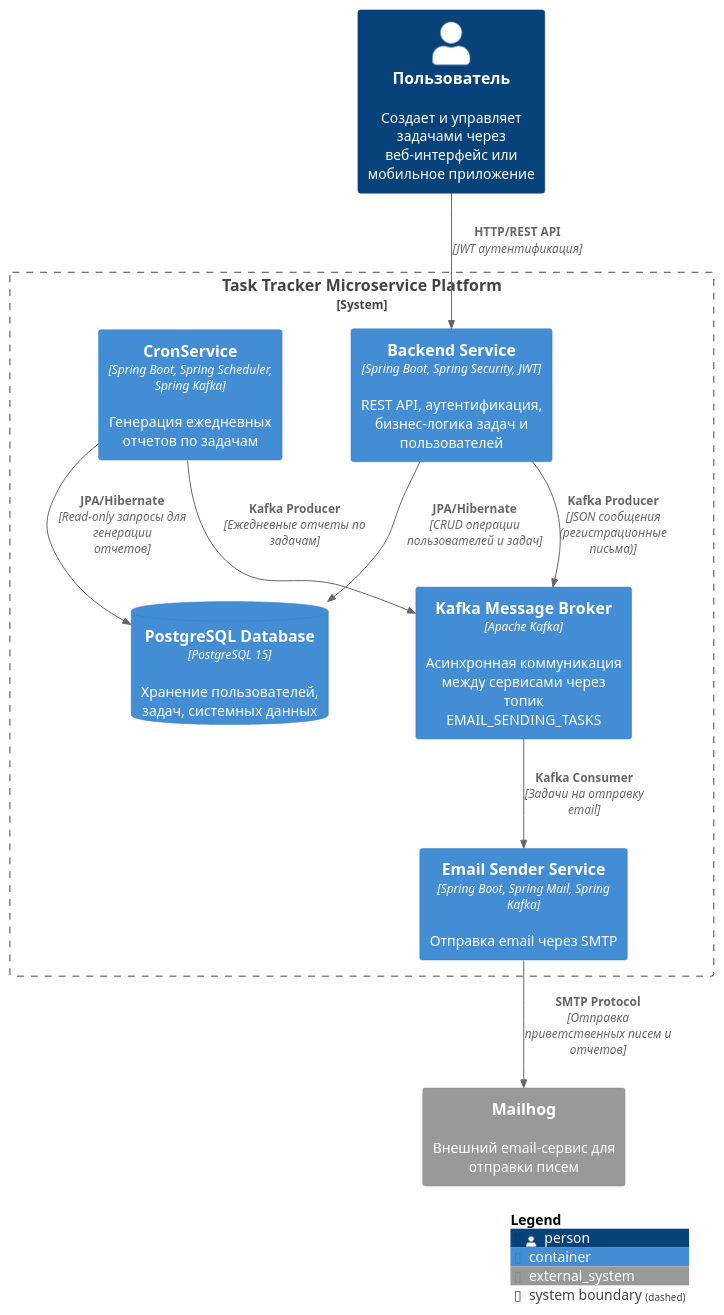
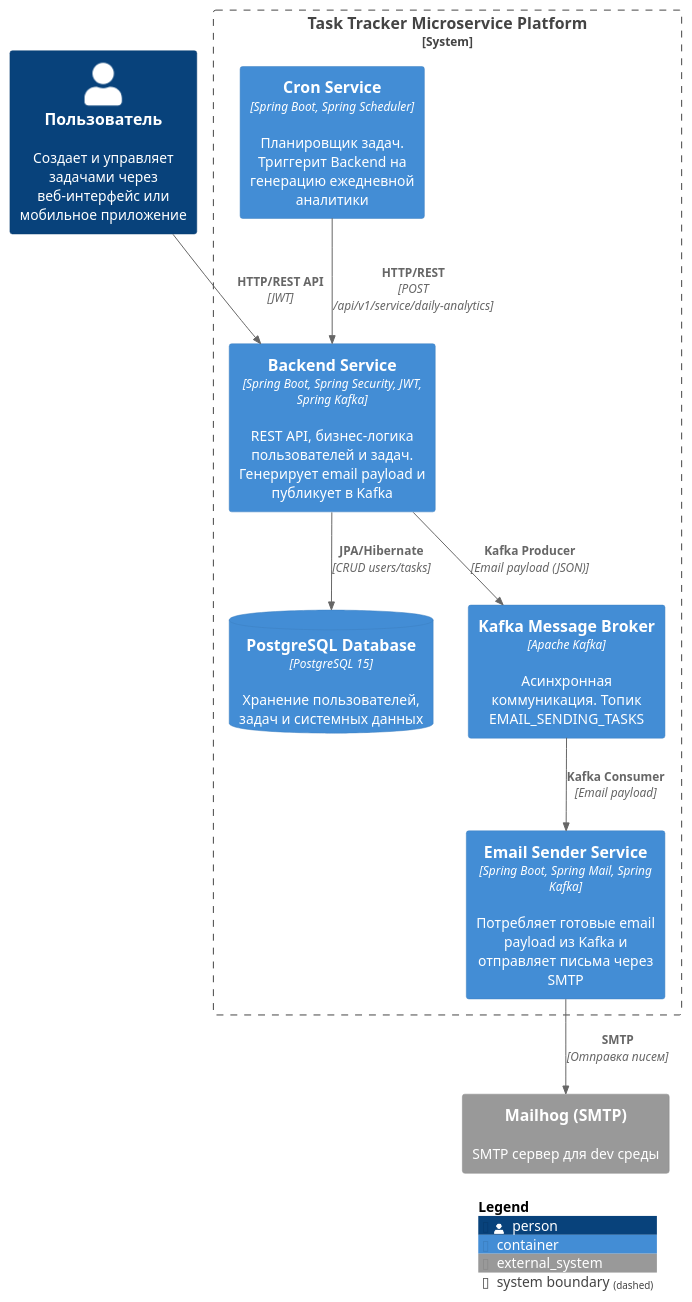
One commit to mrBlareses/task-tracker changed the diagram in diagrams/context.puml. Above: the diagram before and after it, drawn with PlantUML. The commit also changed 2 other files, not shown here.

```diff
--- a/diagrams/context.puml
+++ b/diagrams/context.puml
@@ -1,52 +1,29 @@
 @startuml TaskTrackerArchitecture
 !includeurl https://raw.githubusercontent.com/plantuml-stdlib/C4-PlantUML/master/C4_Container.puml
 
-' Акторы
 Person(user, "Пользователь", "Создает и управляет задачами через веб-интерфейс или мобильное приложение")
 
-' Внешние системы
-System_Ext(mailhog, "Mailhog", "Внешний email-сервис для отправки писем")
+System_Ext(mailhog, "Mailhog (SMTP)", "SMTP сервер для dev среды")
 
 System_Boundary(System_TaskTracker, "Task Tracker Microservice Platform") {
 
-  ' Основной бэкенд сервис
-  Container(backend, "Backend Service", "Spring Boot, Spring Security, JWT", "REST API, аутентификация, бизнес-логика задач и пользователей")
+  Container(backend, "Backend Service", "Spring Boot, Spring Security, JWT, Spring Kafka", "REST API, бизнес-логика пользователей и задач. Генерирует email payload и публикует в Kafka")
+  Container(cronService, "Cron Service", "Spring Boot, Spring Scheduler", "Планировщик задач. Триггерит Backend на генерацию ежедневной аналитики")
+  Container(emailSender, "Email Sender Service", "Spring Boot, Spring Mail, Spring Kafka", "Потребляет готовые email payload из Kafka и отправляет письма через SMTP")
 
-  ' Сервисы фоновых процессов
-  Container(CronService, "CronService", "Spring Boot, Spring Scheduler, Spring Kafka", "Генерация ежедневных отчетов по задачам")
-  Container(email_sender, "Email Sender Service", "Spring Boot, Spring Mail, Spring Kafka", "Отправка email через SMTP")
-
-  ' Базы данных
-  ContainerDb(PostgreSQL, "PostgreSQL Database", "PostgreSQL 15", "Хранение пользователей, задач, системных данных")
-
-  ' Брокер сообщений
-  Container(kafka, "Kafka Message Broker", "Apache Kafka", "Асинхронная коммуникация между сервисами через топик EMAIL_SENDING_TASKS")
+  ContainerDb(postgres, "PostgreSQL Database", "PostgreSQL 15", "Хранение пользователей, задач и системных данных")
+  Container(kafka, "Kafka Message Broker", "Apache Kafka", "Асинхронная коммуникация. Топик EMAIL_SENDING_TASKS")
 }
 
-' Взаимодействия
+Rel(user, backend, "HTTP/REST API", "JWT")
+Rel(backend, postgres, "JPA/Hibernate", "CRUD users/tasks")
 
-' Пользователь взаимодействует с бэкендом
-Rel(user, backend, "HTTP/REST API", "JWT аутентификация")
+Rel(cronService, backend, "HTTP/REST", "POST /api/v1/service/daily-analytics")
 
-' Бэкенд работает с базой данных
-Rel(backend, PostgreSQL, "JPA/Hibernate", "CRUD операции пользователей и задач")
+Rel(backend, kafka, "Kafka Producer", "Email payload (JSON)")
+Rel(kafka, emailSender, "Kafka Consumer", "Email payload")
 
-' Бэкенд отправляет события в Kafka
-Rel(backend, kafka, "Kafka Producer", "JSON сообщения (регистрационные письма)")
+Rel(emailSender, mailhog, "SMTP", "Отправка писем")
 
-' Планировщик читает данные для отчетов
-Rel(CronService, PostgreSQL, "JPA/Hibernate", "Read-only запросы для генерации отчетов")
-
-' Планировщик отправляет отчеты в Kafka
-Rel(CronService, kafka, "Kafka Producer", "Ежедневные отчеты по задачам")
-
-' Email сервис потребляет задачи из Kafka
-Rel(kafka, email_sender, "Kafka Consumer", "Задачи на отправку email")
-
-' Email сервис отправляет письма через Mailjet
-Rel(email_sender, mailhog, "SMTP Protocol", "Отправка приветственных писем и отчетов")
-
-' Легенда
 SHOW_LEGEND()
-
 @enduml
```
